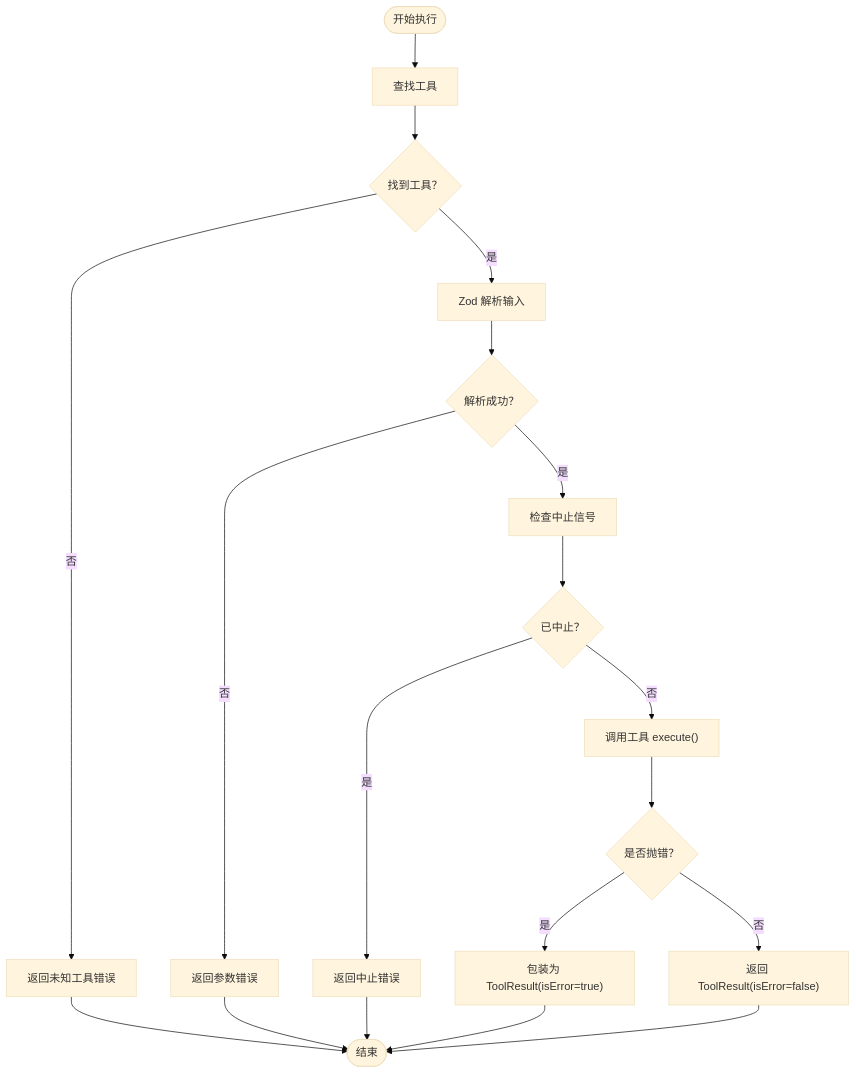
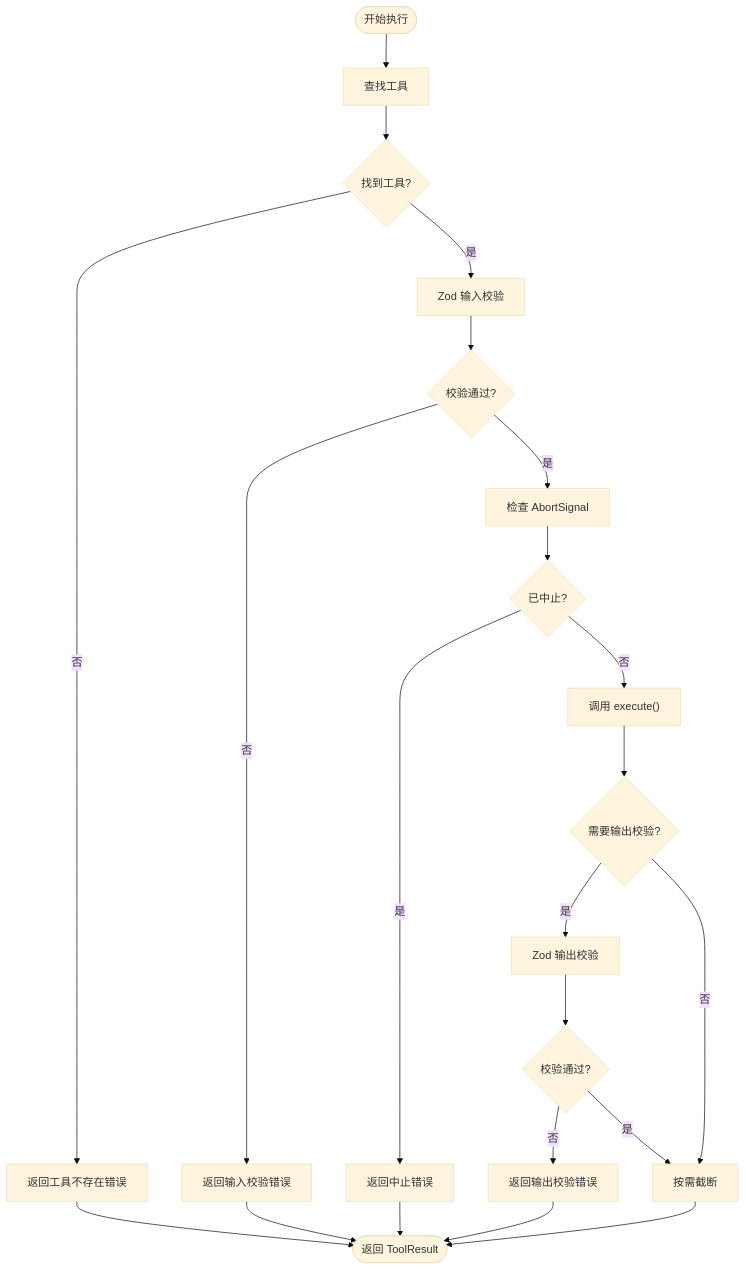
One commit to haolange/open-multi-agent changed the fourth of 6 diagrams in .qoder/repowiki/zh/content/工具系统/工具系统.md. Above: the diagram before and after it, drawn with Mermaid (base theme). The commit also changed other lines of this file and 100 other files, not shown here.

````diff
--- a/.qoder/repowiki/zh/content/工具系统/工具系统.md
+++ b/.qoder/repowiki/zh/content/工具系统/工具系统.md
@@ -189,21 +216,24 @@
 ```mermaid
 flowchart TD
 Start(["开始执行"]) --> Lookup["查找工具"]
-Lookup --> Found{"找到工具？"}
-Found --> |否| ErrUnknown["返回未知工具错误"]
-Found --> |是| Parse["Zod 解析输入"]
-Parse --> Valid{"解析成功？"}
-Valid --> |否| ErrParse["返回参数错误"]
-Valid --> |是| AbortCheck["检查中止信号"]
-AbortCheck --> Aborted{"已中止？"}
-Aborted --> |是| ErrAbort["返回中止错误"]
-Aborted --> |否| ExecTool["调用工具 execute()"]
-ExecTool --> CatchErr{"是否抛错？"}
-CatchErr --> |是| WrapErr["包装为 ToolResult(isError=true)"]
-CatchErr --> |否| Ok["返回 ToolResult(isError=false)"]
-ErrUnknown --> End(["结束"])
-ErrParse --> End
-ErrAbort --> End
-WrapErr --> End
-Ok --> End
+Lookup --> Found{"找到工具?"}
+Found -- 否 --> ErrTool["返回工具不存在错误"]
+Found -- 是 --> Parse["Zod 输入校验"]
+Parse --> Valid{"校验通过?"}
+Valid -- 否 --> ErrInput["返回输入校验错误"]
+Valid -- 是 --> AbortCheck["检查 AbortSignal"]
+AbortCheck --> Aborted{"已中止?"}
+Aborted -- 是 --> ErrAbort["返回中止错误"]
+Aborted -- 否 --> Exec["调用 execute()"]
+Exec --> OutputCheck{"需要输出校验?"}
+OutputCheck -- 是 --> ValidateOut["Zod 输出校验"]
+ValidateOut --> OutOK{"校验通过?"}
+OutOK -- 否 --> ErrOutput["返回输出校验错误"]
+OutOK -- 是 --> Truncate["按需截断"]
+OutputCheck -- 否 --> Truncate
+Truncate --> Done(["返回 ToolResult"])
+ErrTool --> Done
+ErrInput --> Done
+ErrAbort --> Done
+ErrOutput --> Done
 ```
````
